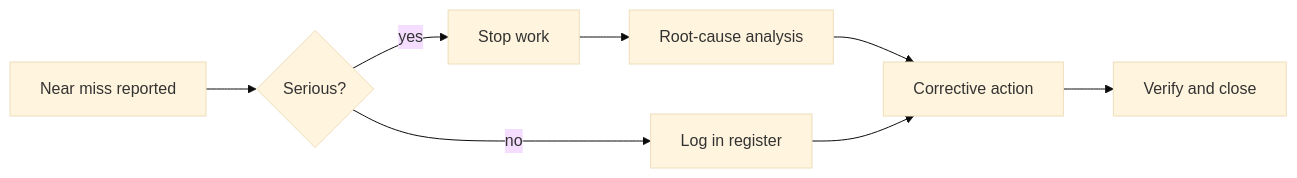
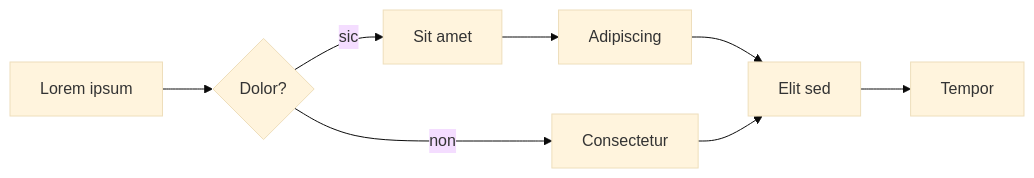
The second of 2 diagrams in skills/typeset-pdf/evals/note-sample-a4/files/sample.md (isidro-rodriguez/assistant-skills), drawn with Mermaid (base theme) before and after one commit. The commit also changed other lines of this file and 7 other files, not shown here.

First line of the commit message:
typeset-pdf: rellenos con lorem ipsum

````diff
--- a/skills/typeset-pdf/evals/note-sample-a4/files/sample.md
+++ b/skills/typeset-pdf/evals/note-sample-a4/files/sample.md
@@ -55,10 +55,10 @@
 ```mermaid
 graph LR
-  A[Near miss reported] --> B{Serious?}
-  B -->|yes| C[Stop work]
-  B -->|no| D[Log in register]
-  C --> E[Root-cause analysis]
-  E --> F[Corrective action]
+  A[Lorem ipsum] --> B{Dolor?}
+  B -->|sic| C[Sit amet]
+  B -->|non| D[Consectetur]
+  C --> E[Adipiscing]
+  E --> F[Elit sed]
   D --> F
-  F --> G[Verify and close]
+  F --> G[Tempor]
 ```
````
